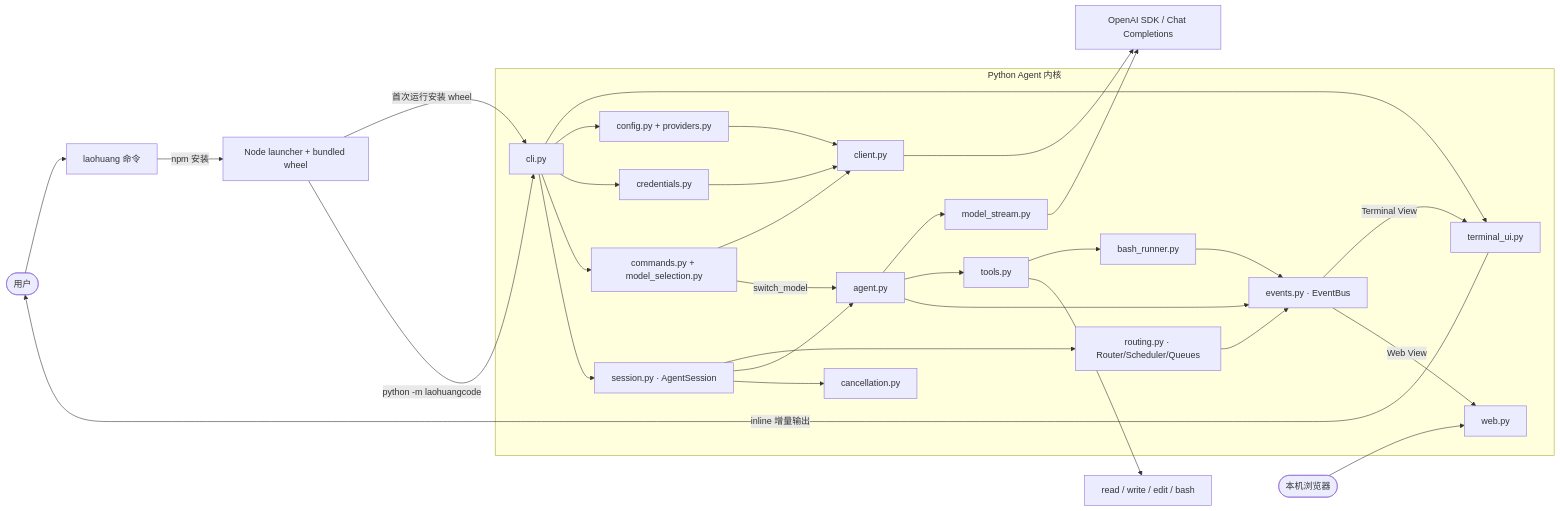
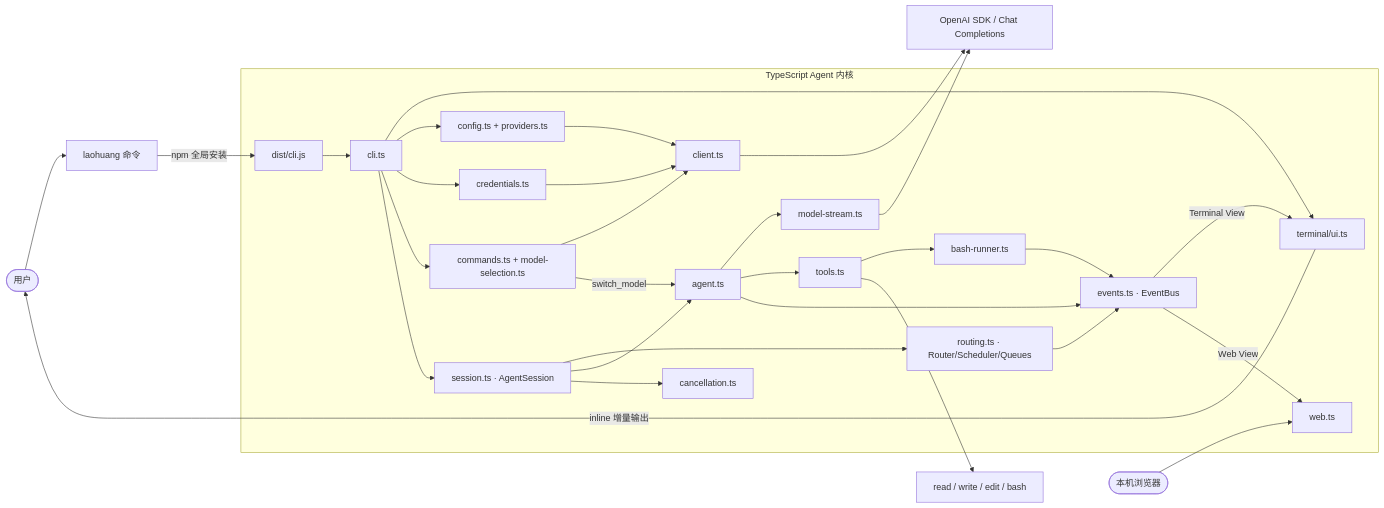
The first of 2 diagrams in docs/architecture.md (hxr223/laoHuangCode), drawn with Mermaid before and after one commit. The commit also changed other lines of this file and 124 other files, not shown here.

````diff
--- a/docs/architecture.md
+++ b/docs/architecture.md
@@ -59,36 +56,35 @@
 ```mermaid
 flowchart LR
     User([用户]) --> Entry["laohuang 命令"]
-    Entry -->|npm 安装| Launcher["Node launcher + bundled wheel"]
-    Launcher -->|首次运行安装 wheel| CLI["cli.py"]
-    Launcher -->|python -m laohuangcode| CLI
+    Entry -->|npm 全局安装| Bin["dist/cli.js"]
 
-    subgraph Core["Python Agent 内核"]
-        CLI --> TUI["terminal_ui.py"]
-        CLI --> Profiles["config.py + providers.py"]
-        CLI --> Secrets["credentials.py"]
-        CLI --> Commands["commands.py + model_selection.py"]
-        Profiles --> Client["client.py"]
+    subgraph Core["TypeScript Agent 内核"]
+        Bin --> CLI["cli.ts"]
+        CLI --> TUI["terminal/ui.ts"]
+        CLI --> Profiles["config.ts + providers.ts"]
+        CLI --> Secrets["credentials.ts"]
+        CLI --> Commands["commands.ts + model-selection.ts"]
+        Profiles --> Client["client.ts"]
         Secrets --> Client
         Commands --> Client
-        CLI --> Session["session.py · AgentSession"]
-        Session --> Router["routing.py · Router/Scheduler/Queues"]
-        Session --> Agent["agent.py"]
+        CLI --> Session["session.ts · AgentSession"]
+        Session --> Router["routing.ts · Router/Scheduler/Queues"]
+        Session --> Agent["agent.ts"]
         Commands -->|switch_model| Agent
-        Agent --> Stream["model_stream.py"]
-        Agent --> Registry["tools.py"]
-        Registry --> Bash["bash_runner.py"]
-        Session --> Cancel["cancellation.py"]
-        Agent --> Events["events.py · EventBus"]
+        Agent --> Stream["model-stream.ts"]
+        Agent --> Registry["tools.ts"]
+        Registry --> Bash["bash-runner.ts"]
+        Session --> Cancel["cancellation.ts"]
+        Agent --> Events["events.ts · EventBus"]
         Router --> Events
         Bash --> Events
         Events -->|Terminal View| TUI
-        Events -->|Web View| Web["web.py"]
+        Events -->|Web View| Web["web.ts"]
     end
 
     TUI -->|inline 增量输出| User
     Client --> SDK["OpenAI SDK / Chat Completions"]
     Stream --> SDK
     Registry --> Tools["read / write / edit / bash"]
     Browser([本机浏览器]) --> Web
 ```
````
